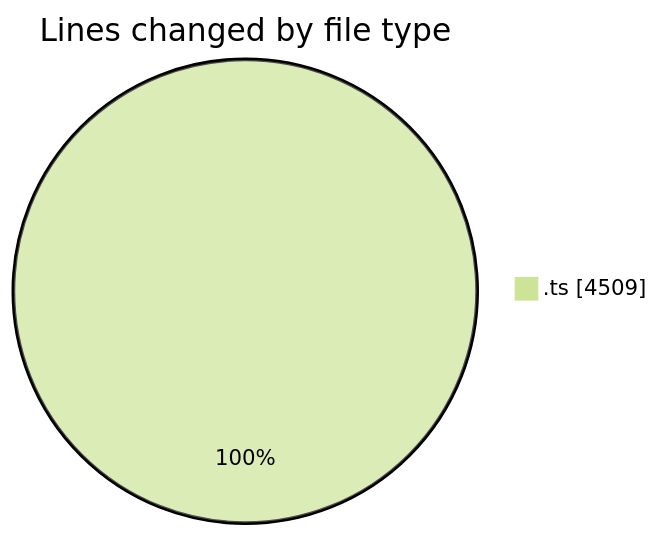
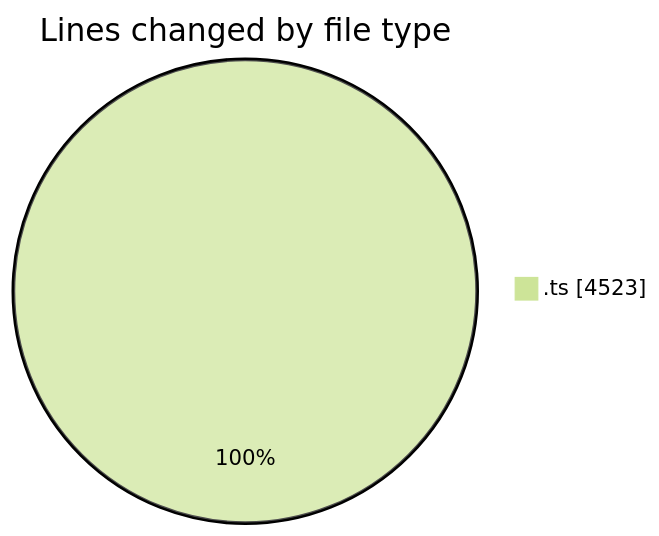
One commit to tmsrecording-cyber/code-tracking changed the first of 2 diagrams in 2026-02-04/singularitybrainai/README.md. Above: the diagram before and after it, drawn with Mermaid (forest theme). The commit also changed other lines of this file and 1 other file, not shown here.

````diff
--- a/2026-02-04/singularitybrainai/README.md
+++ b/2026-02-04/singularitybrainai/README.md
@@ -24,5 +24,5 @@
 ```mermaid
 pie showData
 title Lines changed by file type
-".ts" : 4509
+".ts" : 4523
 ```
````
